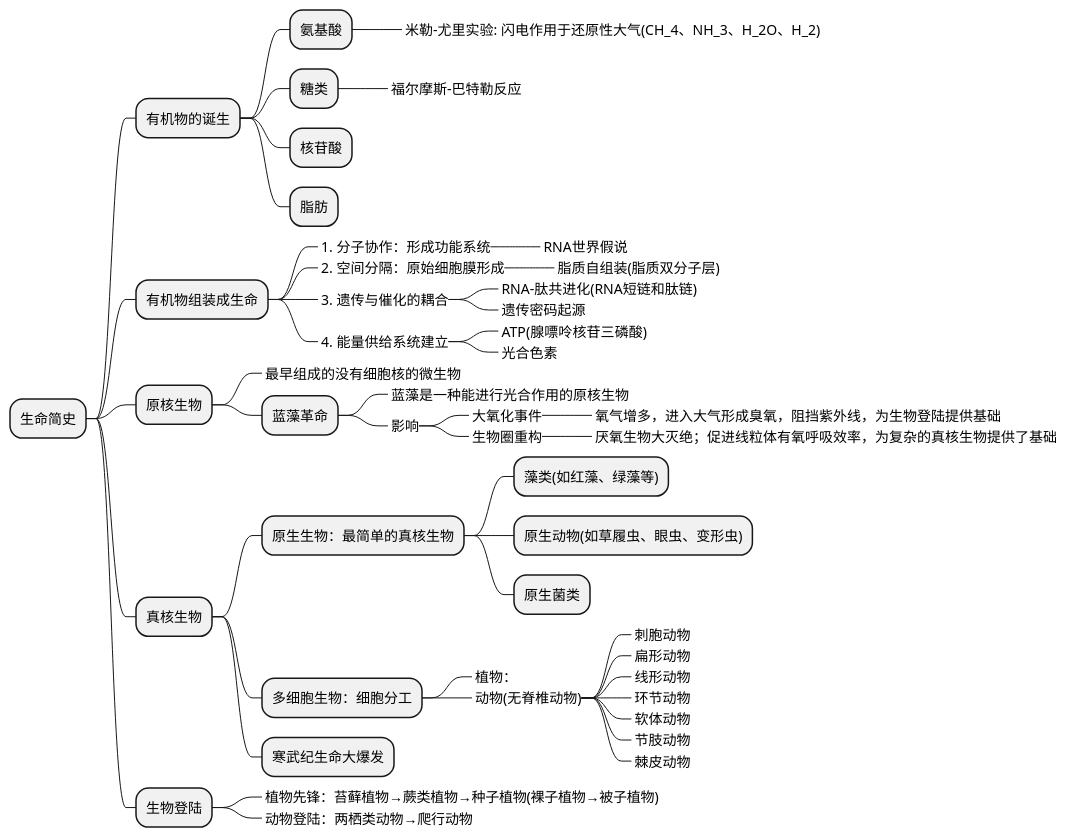
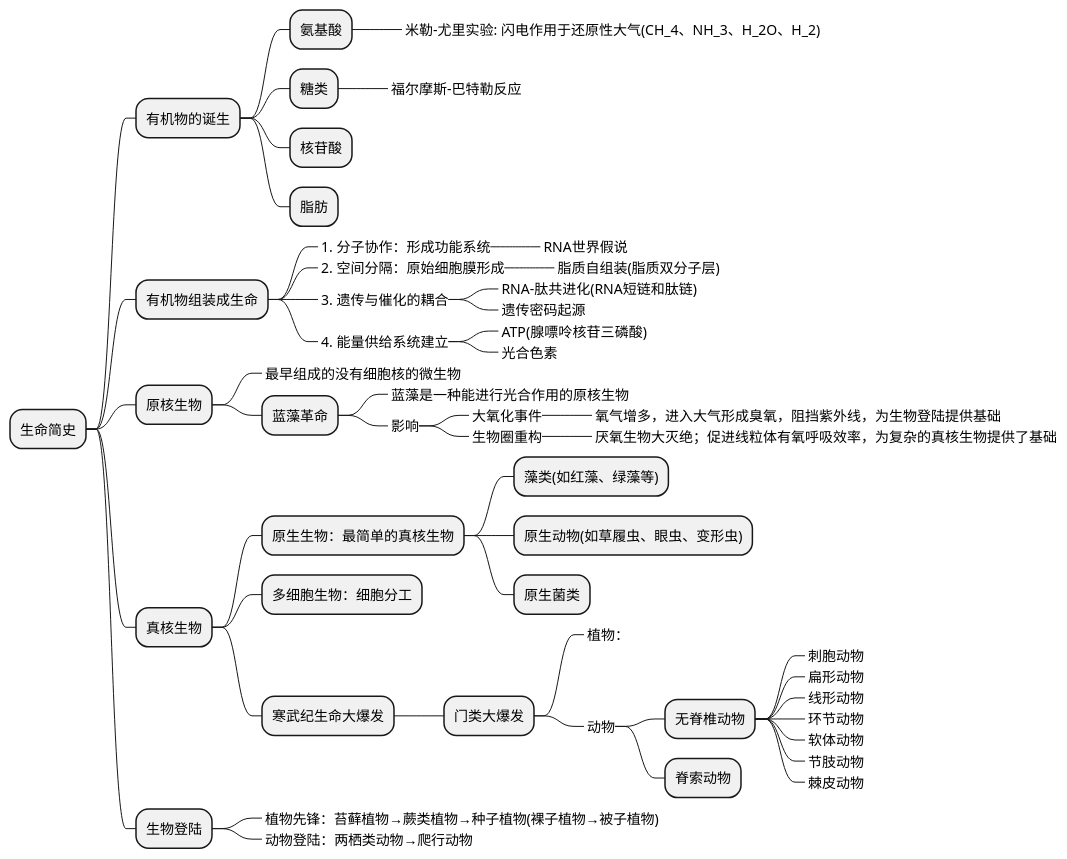
One commit to holmofy/blog.hufeifei.cn changed the diagram in source/_posts/history/life-history.md. Above: the diagram before and after it, drawn with PlantUML.

````diff
--- a/source/_posts/history/life-history.md
+++ b/source/_posts/history/life-history.md
@@ -15,51 +15,54 @@
 ```plantuml
 @startmindmap
 + 生命简史
 ++ 有机物的诞生
 +++ 氨基酸
 ++++_ 米勒-尤里实验: 闪电作用于还原性大气(CH_4、NH_3、H_2O、H_2)
 +++ 糖类
 ++++_ 福尔摩斯-巴特勒反应
 +++ 核苷酸
 +++ 脂肪
 ++ 有机物组装成生命
 +++_ 1. 分子协作：形成功能系统
 ++++_ RNA世界假说
 +++_ 2. 空间分隔：原始细胞膜形成
 ++++_ 脂质自组装(脂质双分子层)
 +++_ 3. 遗传与催化的耦合
 ++++_ RNA-肽共进化(RNA短链和肽链)
 ++++_ 遗传密码起源
 +++_ 4. 能量供给系统建立
 ++++_ ATP(腺嘌呤核苷三磷酸)
 ++++_ 光合色素
 ++ 原核生物
 +++_ 最早组成的没有细胞核的微生物
 +++ 蓝藻革命
 ++++_ 蓝藻是一种能进行光合作用的原核生物
 ++++_ 影响
 +++++_ 大氧化事件
 ++++++_ 氧气增多，进入大气形成臭氧，阻挡紫外线，为生物登陆提供基础
 +++++_ 生物圈重构
 ++++++_ 厌氧生物大灭绝；促进线粒体有氧呼吸效率，为复杂的真核生物提供了基础
 ++ 真核生物
 +++ 原生生物：最简单的真核生物
 ++++ 藻类(如红藻、绿藻等)
 ++++ 原生动物(如草履虫、眼虫、变形虫)
 ++++ 原生菌类
 +++ 多细胞生物：细胞分工
-++++_ 植物：
-++++_ 动物(无脊椎动物)
-+++++_ 刺胞动物
-+++++_ 扁形动物
-+++++_ 线形动物
-+++++_ 环节动物
-+++++_ 软体动物
-+++++_ 节肢动物
-+++++_ 棘皮动物
 +++ 寒武纪生命大爆发
+++++ 门类大爆发
++++++_ 植物：
++++++_ 动物
+++++++ 无脊椎动物
++++++++_ 刺胞动物
++++++++_ 扁形动物
++++++++_ 线形动物
++++++++_ 环节动物
++++++++_ 软体动物
++++++++_ 节肢动物
++++++++_ 棘皮动物
+++++++ 脊索动物
 ++ 生物登陆
 +++_ 植物先锋：苔藓植物→蕨类植物→种子植物(裸子植物→被子植物)
 +++_ 动物登陆：两栖类动物→爬行动物
 @endmindmap
 ```
````
